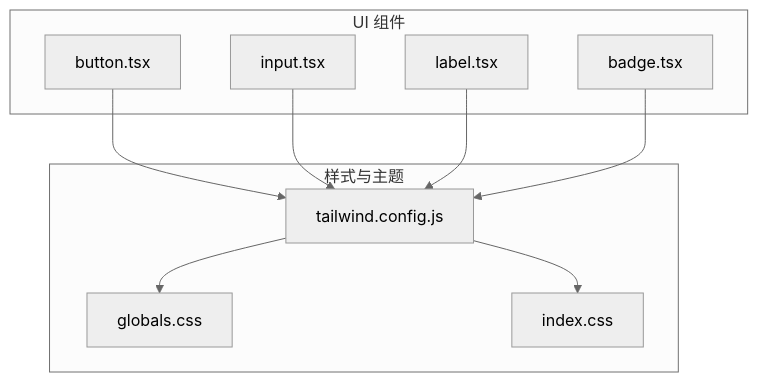
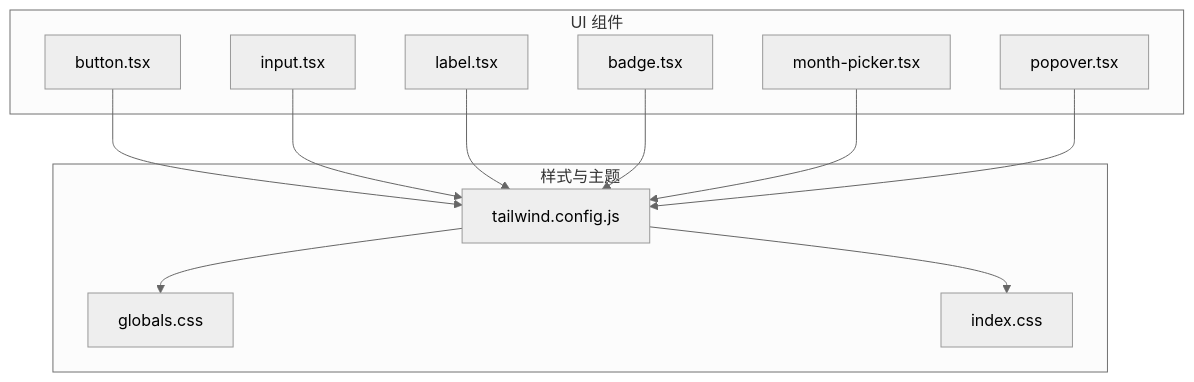
One commit to Damao997/newproject changed the first of 9 diagrams in .qoder/repowiki/zh/content/UI组件库/基础UI组件/基础UI组件.md. Above: the diagram before and after it, drawn with Mermaid (neutral theme). The commit also changed other lines of this file and 23 other files, not shown here.

````diff
--- a/.qoder/repowiki/zh/content/UI组件库/基础UI组件/基础UI组件.md
+++ b/.qoder/repowiki/zh/content/UI组件库/基础UI组件/基础UI组件.md
@@ -32,20 +42,24 @@
 ```mermaid
 graph TB
 subgraph "UI 组件"
 B["button.tsx"]
 I["input.tsx"]
 L["label.tsx"]
 BD["badge.tsx"]
+MP["month-picker.tsx"]
+PO["popover.tsx"]
 end
 subgraph "样式与主题"
 TW["tailwind.config.js"]
 G["globals.css"]
 IC["index.css"]
 end
 B --> TW
 I --> TW
 L --> TW
 BD --> TW
+MP --> TW
+PO --> TW
 TW --> G
 TW --> IC
 ```
````
